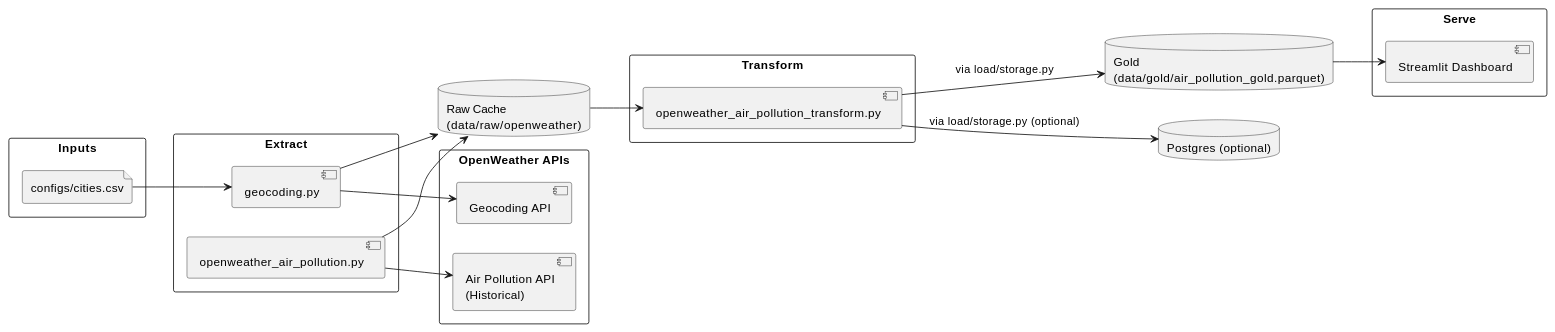
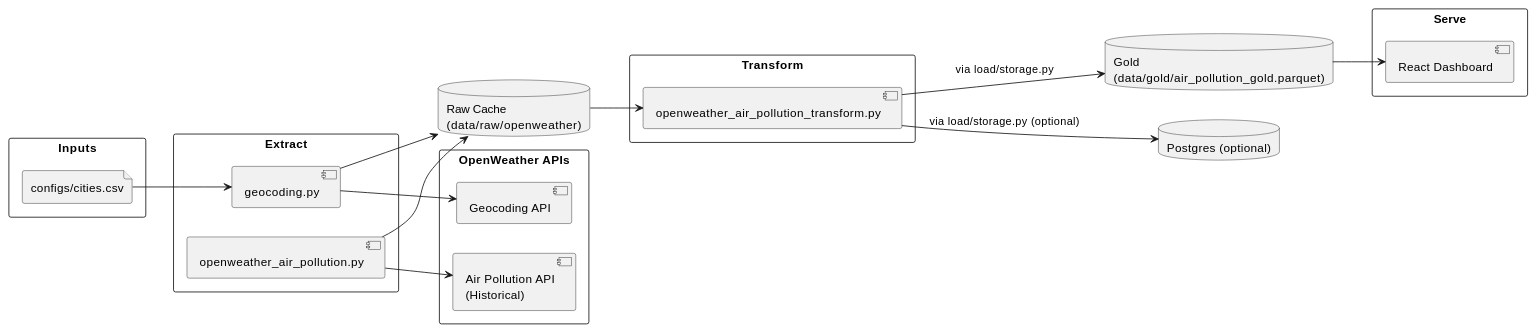
Before and after one commit to Code-the-Dream-School/practicum-city-air-tracker: the diagram in docs/data_flow_diagram.md, drawn with PlantUML. The commit also changed 17 other files, not shown here.

Commit message:
AIR-007.1 Migrate dashboard from Streamlit to React

````diff
--- a/docs/data_flow_diagram.md
+++ b/docs/data_flow_diagram.md
@@ -3,44 +3,44 @@
 ```plantuml
 @startuml
 left to right direction
 
 rectangle "Inputs" {
   file "configs/cities.csv" as CITIES
 }
 
 rectangle "OpenWeather APIs" {
   [Geocoding API] as GEOAPI
   [Air Pollution API\n(Historical)] as AIRAPI
 }
 
 rectangle "Extract" {
   [geocoding.py] as GEO
   [openweather_air_pollution.py] as EX
 }
 
 database "Raw Cache\n(data/raw/openweather)" as RAW
 
 rectangle "Transform" {
   [openweather_air_pollution_transform.py] as TR
 }
 
 database "Gold\n(data/gold/air_pollution_gold.parquet)" as GOLD
 database "Postgres (optional)" as PG
 rectangle "Serve" {
-  [Streamlit Dashboard] as DASH
+  [React Dashboard] as DASH
 }
 
 CITIES --> GEO
 GEO --> GEOAPI
 GEO --> RAW
 
 EX --> AIRAPI
 EX --> RAW
 
 RAW --> TR
 TR --> GOLD : via load/storage.py
 TR --> PG : via load/storage.py (optional)
 
 GOLD --> DASH
 @enduml
 ```
````
